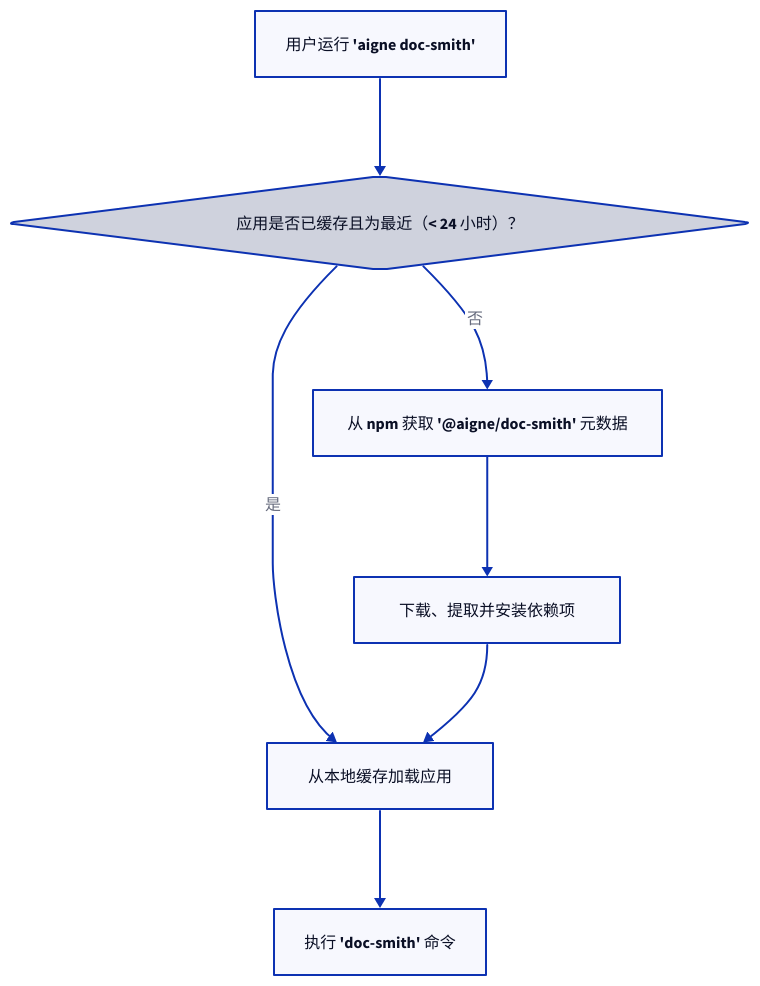
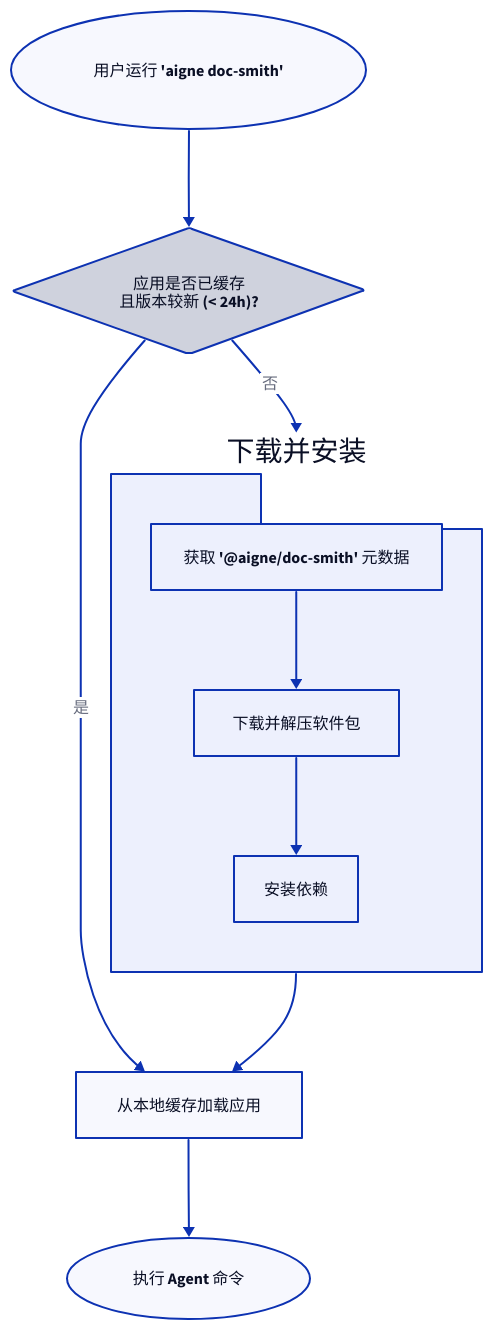
One commit to AIGNE-io/aigne-framework changed the diagram in packages/cli/docs/command-reference-built-in-apps.zh.md. Above: the diagram before and after it, drawn with D2. The commit also changed other lines of this file and 38 other files, not shown here.

````diff
--- a/packages/cli/docs/command-reference-built-in-apps.zh.md
+++ b/packages/cli/docs/command-reference-built-in-apps.zh.md
@@ -74,19 +74,40 @@
 ```d2
 direction: down
 
-"A": "用户运行 'aigne doc-smith'"
-"B": "应用是否已缓存且为最近（< 24 小时）？" {
+start: {
+  label: "用户运行 'aigne doc-smith'"
+  shape: oval
+}
+
+check_cache: {
+  label: "应用是否已缓存\n且版本较新 (< 24h)?"
   shape: diamond
 }
-"C": "从 npm 获取 '@aigne/doc-smith' 元数据"
-"D": "下载、提取并安装依赖项"
-"E": "从本地缓存加载应用"
-"F": "执行 'doc-smith' 命令"
 
-"A" -> "B"
-"B" -> "E": "是"
-"B" -> "C": "否"
-"C" -> "D"
-"D" -> "E"
-"E" -> "F"
+load_from_cache: {
+  label: "从本地缓存加载应用"
+  shape: rectangle
+}
+
+install_flow: {
+  label: "下载并安装"
+  shape: package
+
+  fetch_metadata: { label: "获取 '@aigne/doc-smith' 元数据" }
+  download: { label: "下载并解压软件包" }
+  install_deps: { label: "安装依赖" }
+
+  fetch_metadata -> download -> install_deps
+}
+
+execute: {
+  label: "执行 Agent 命令"
+  shape: oval
+}
+
+start -> check_cache
+check_cache -> load_from_cache: "是"
+check_cache -> install_flow: "否"
+install_flow -> load_from_cache
+load_from_cache -> execute
 ```
````
